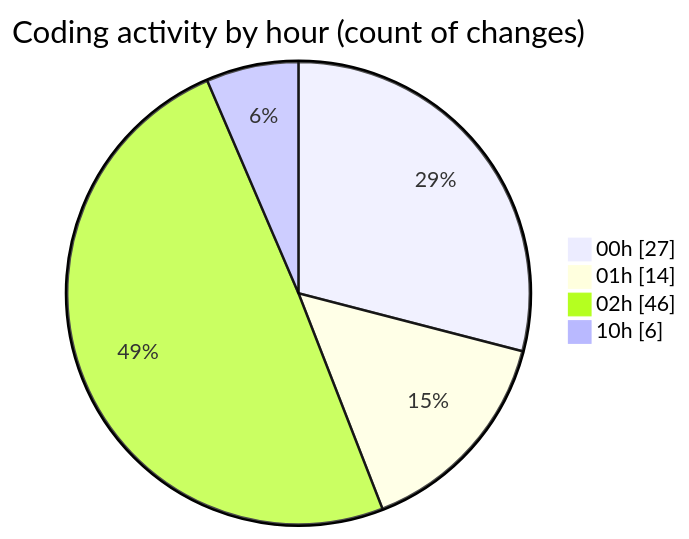
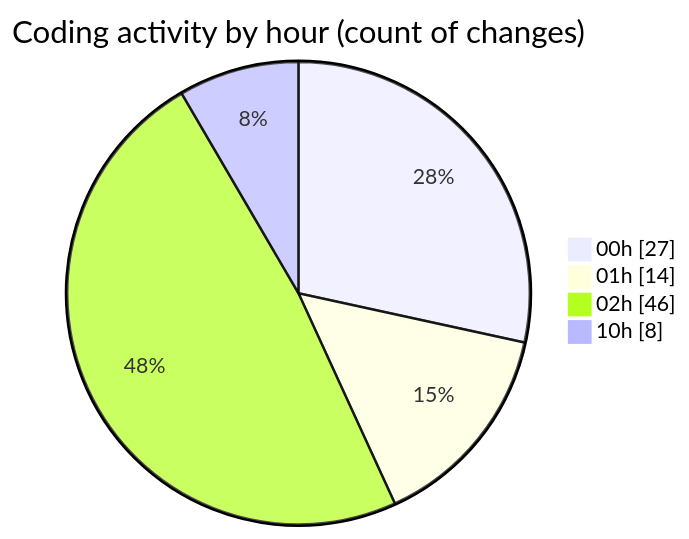
One commit to lephambinh05/code-tracking changed the second of 2 diagrams in 2025-07-17/nhahang/README.md. Above: the diagram before and after it, drawn with Mermaid. The commit also changed other lines of this file and 1 other file, not shown here.

````diff
--- a/2025-07-17/nhahang/README.md
+++ b/2025-07-17/nhahang/README.md
@@ -58,8 +58,8 @@
 ```mermaid
 pie showData
 title Coding activity by hour (count of changes)
 "00h" : 27
 "01h" : 14
 "02h" : 46
-"10h" : 6
+"10h" : 8
 ```
````
